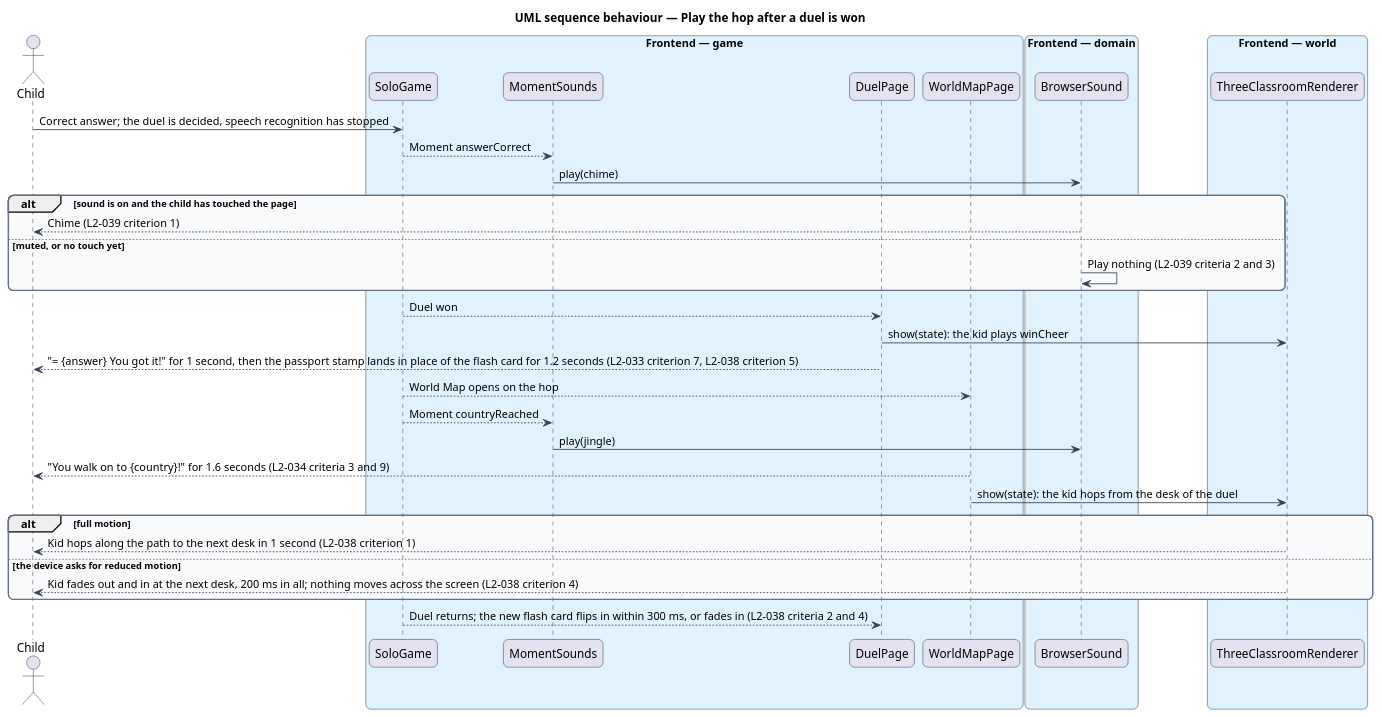
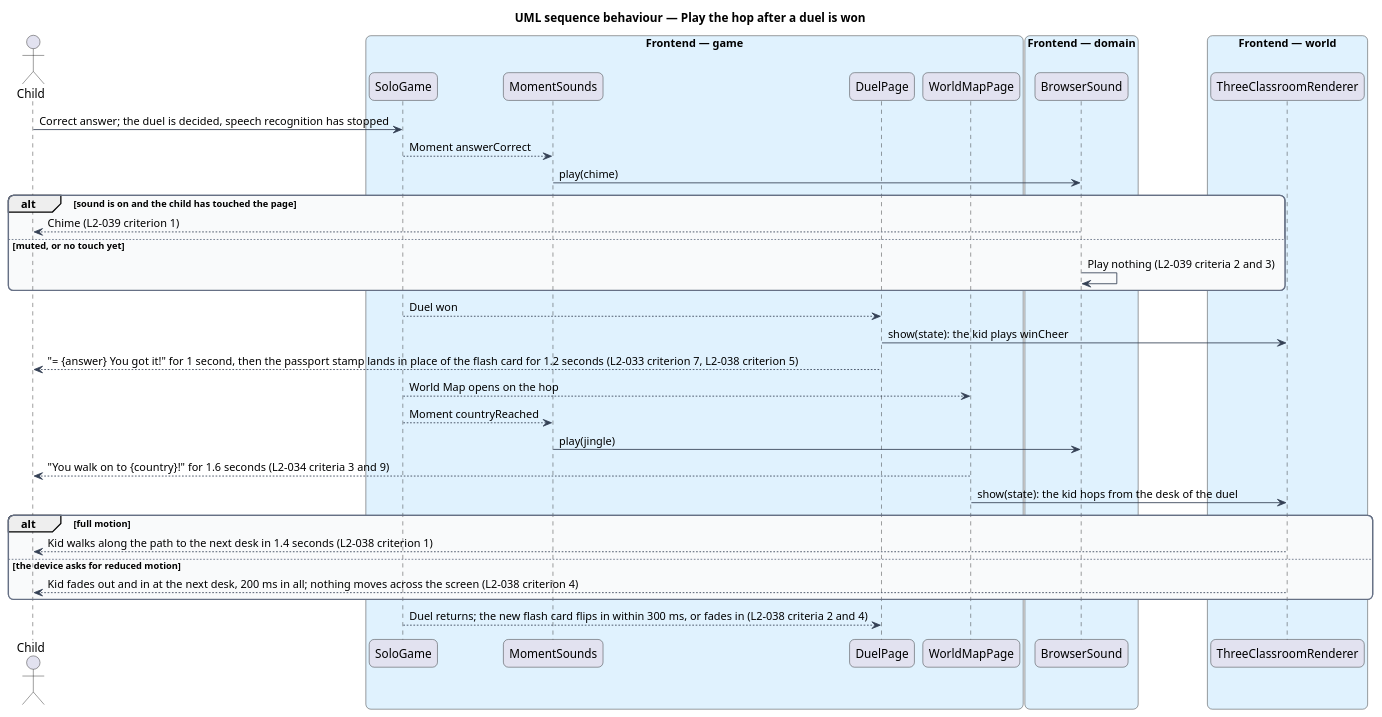
The diagram in docs/detailed-designs/classroom/play-motion-and-sound/diagrams/sequence-play-hop.puml (QuinntyneBrown/around-the-world), drawn with PlantUML before and after one commit. The commit also changed 97 other files, not shown here.

```diff
--- a/docs/detailed-designs/classroom/play-motion-and-sound/diagrams/sequence-play-hop.puml
+++ b/docs/detailed-designs/classroom/play-motion-and-sound/diagrams/sequence-play-hop.puml
@@ -1,52 +1,52 @@
 @startuml
 title UML sequence behaviour — Play the hop after a duel is won
 skinparam backgroundColor #FFFFFF
 skinparam shadowing false
 skinparam roundcorner 12
 skinparam defaultFontName Arial
 skinparam ArrowColor #344054
 skinparam rectangle {
   BorderColor #344054
   FontColor #101828
 }
 skinparam package {
   BorderColor #667085
   FontColor #101828
   BackgroundColor #F9FAFB
 }
 actor "Child" as actor
 box "Frontend — game" #E0F2FE
   participant "SoloGame" as session
   participant "MomentSounds" as moments
   participant "DuelPage" as duel
   participant "WorldMapPage" as map
 end box
 box "Frontend — domain" #E0F2FE
   participant "BrowserSound" as sound
 end box
 box "Frontend — world" #E0F2FE
   participant "ThreeClassroomRenderer" as renderer
 end box
 actor -> session : Correct answer; the duel is decided, speech recognition has stopped
 session --> moments : Moment answerCorrect
 moments -> sound : play(chime)
 alt sound is on and the child has touched the page
   sound --> actor : Chime (L2-039 criterion 1)
 else muted, or no touch yet
   sound -> sound : Play nothing (L2-039 criteria 2 and 3)
 end
 session --> duel : Duel won
 duel -> renderer : show(state): the kid plays winCheer
 duel --> actor : "= {answer} You got it!" for 1 second, then the passport stamp lands in place of the flash card for 1.2 seconds (L2-033 criterion 7, L2-038 criterion 5)
 session --> map : World Map opens on the hop
 session --> moments : Moment countryReached
 moments -> sound : play(jingle)
 map --> actor : "You walk on to {country}!" for 1.6 seconds (L2-034 criteria 3 and 9)
 map -> renderer : show(state): the kid hops from the desk of the duel
 alt full motion
-  renderer --> actor : Kid hops along the path to the next desk in 1 second (L2-038 criterion 1)
+  renderer --> actor : Kid walks along the path to the next desk in 1.4 seconds (L2-038 criterion 1)
 else the device asks for reduced motion
   renderer --> actor : Kid fades out and in at the next desk, 200 ms in all; nothing moves across the screen (L2-038 criterion 4)
 end
 session --> duel : Duel returns; the new flash card flips in within 300 ms, or fades in (L2-038 criteria 2 and 4)
 @enduml
```
